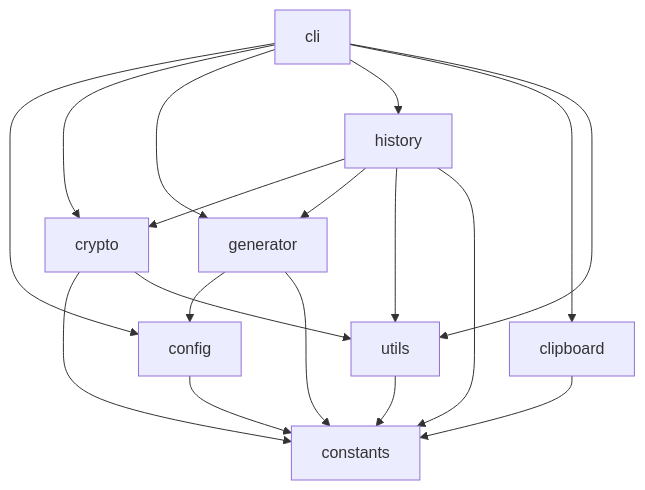
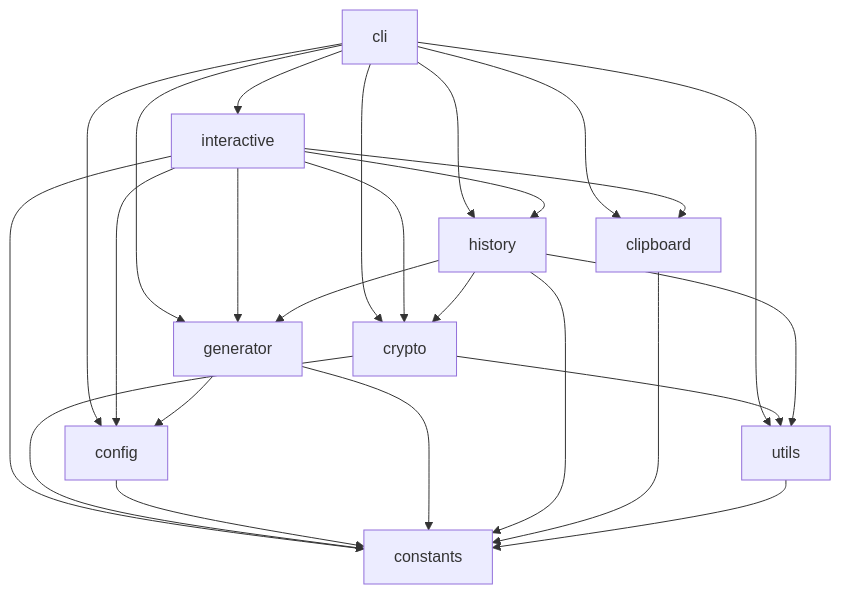
Before and after one commit to jayissi/Secure-Password-Generator: the diagram in secure_password_generator/README.md, drawn with Mermaid. The commit also changed other lines of this file and 18 other files, not shown here.

````diff
--- a/secure_password_generator/README.md
+++ b/secure_password_generator/README.md
@@ -15,20 +17,27 @@
 ```mermaid
 flowchart TD
     cli --> config
     cli --> crypto
     cli --> generator
     cli --> history
     cli --> clipboard
     cli --> utils
+    cli --> interactive
+    interactive --> config
+    interactive --> crypto
+    interactive --> generator
+    interactive --> history
+    interactive --> clipboard
+    interactive --> constants
     crypto --> constants
     crypto --> utils
     config --> constants
     generator --> config
     generator --> constants
     history --> crypto
     history --> generator
     history --> utils
     history --> constants
     clipboard --> constants
     utils --> constants
 ```
````
